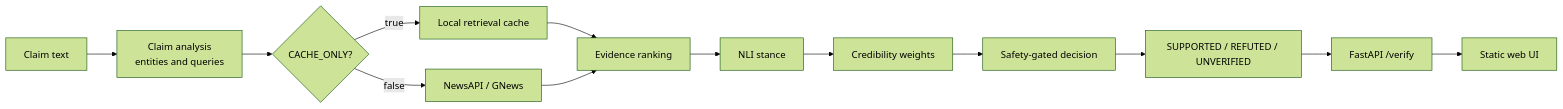
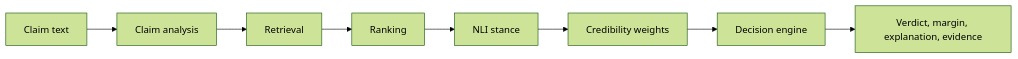
Before and after one commit to ankitnegi-dev/VeriNews: the second of 6 diagrams in README.md, drawn with Mermaid (forest theme). The commit also changed other lines of this file, not shown here.

Commit message:
docs: add README structure, TOC, and Mermaid diagrams

````diff
--- a/README.md
+++ b/README.md
@@ -27,15 +223,10 @@
 ```mermaid
 flowchart LR
-    claim["Claim text"] --> analysis["Claim analysis<br/>entities and queries"]
-    analysis --> cache{"CACHE_ONLY?"}
-    cache -->|true| stored["Local retrieval cache"]
-    cache -->|false| providers["NewsAPI / GNews"]
-    stored --> ranking["Evidence ranking"]
-    providers --> ranking
-    ranking --> nli["NLI stance"]
-    nli --> credibility["Credibility weights"]
-    credibility --> decision["Safety-gated decision"]
-    decision --> verdict["SUPPORTED / REFUTED / UNVERIFIED"]
-    verdict --> api["FastAPI /verify"]
-    api --> ui["Static web UI"]
+  Claim["Claim text"] --> Analysis["Claim analysis"]
+  Analysis --> Retrieval["Retrieval"]
+  Retrieval --> Ranking["Ranking"]
+  Ranking --> NLI["NLI stance"]
+  NLI --> Cred["Credibility weights"]
+  Cred --> Decision["Decision engine"]
+  Decision --> Response["Verdict, margin, explanation, evidence"]
 ```
````
